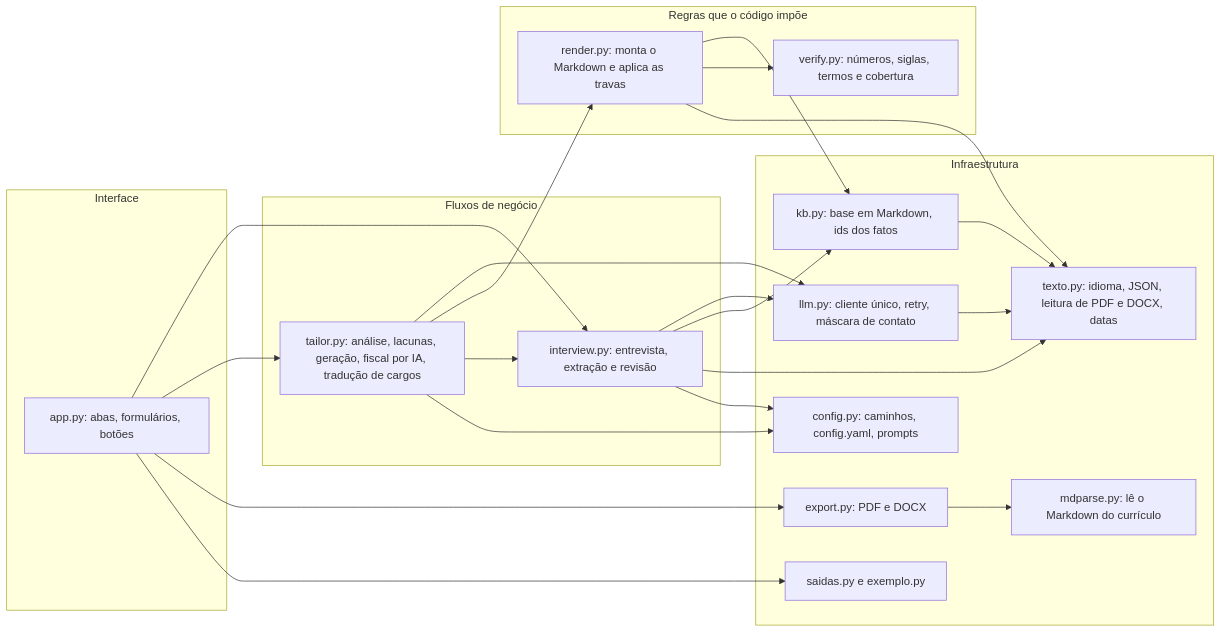
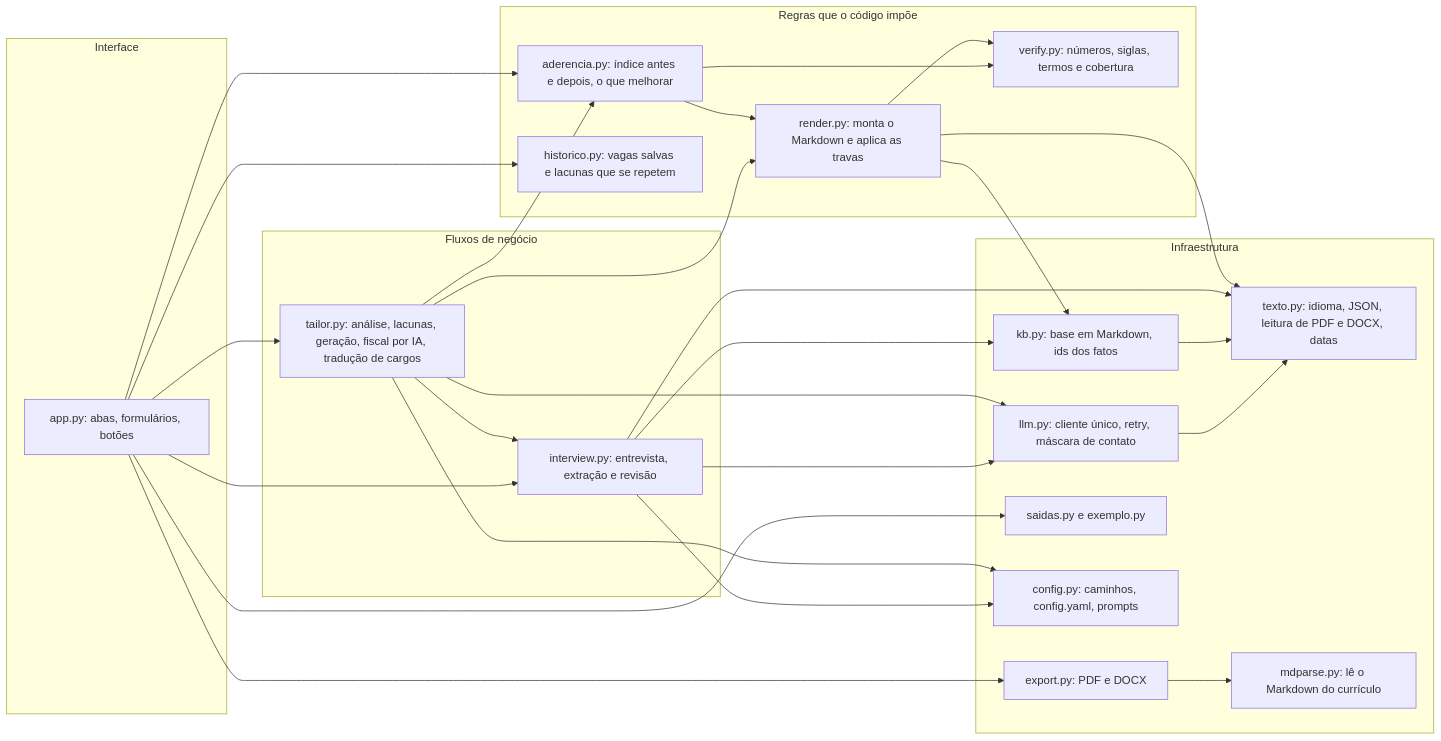
Before and after one commit to feeslopes/assistente_curriculo: the third of 9 diagrams in README.md, drawn with Mermaid. The commit also changed other lines of this file and 8 other files, not shown here.

First line of the commit message:
Índice de aderência antes e depois, histórico de vagas e como melhorar sem inventar

````diff
--- a/README.md
+++ b/README.md
@@ -217,41 +244,48 @@
 ```mermaid
 flowchart LR
   subgraph UI["Interface"]
     app["app.py: abas, formulários, botões"]
   end
   subgraph Fluxos["Fluxos de negócio"]
     interview["interview.py: entrevista, extração e revisão"]
     tailor["tailor.py: análise, lacunas, geração, fiscal por IA, tradução de cargos"]
   end
   subgraph Regras["Regras que o código impõe"]
     render["render.py: monta o Markdown e aplica as travas"]
     verify["verify.py: números, siglas, termos e cobertura"]
+    aderencia["aderencia.py: índice antes e depois, o que melhorar"]
+    historico["historico.py: vagas salvas e lacunas que se repetem"]
   end
   subgraph Infra["Infraestrutura"]
     llm["llm.py: cliente único, retry, máscara de contato"]
     kb["kb.py: base em Markdown, ids dos fatos"]
     texto["texto.py: idioma, JSON, leitura de PDF e DOCX, datas"]
     mdparse["mdparse.py: lê o Markdown do currículo"]
     export["export.py: PDF e DOCX"]
     saidas["saidas.py e exemplo.py"]
     config["config.py: caminhos, config.yaml, prompts"]
   end
   app --> interview
   app --> tailor
   app --> export
   app --> saidas
   interview --> llm
   interview --> kb
   tailor --> llm
   tailor --> render
   tailor --> interview
+  tailor --> aderencia
+  app --> aderencia
+  app --> historico
+  aderencia --> render
+  aderencia --> verify
   render --> kb
   render --> verify
   export --> mdparse
   llm --> texto
   kb --> texto
   interview --> texto
   render --> texto
   interview --> config
   tailor --> config
 ```
````
